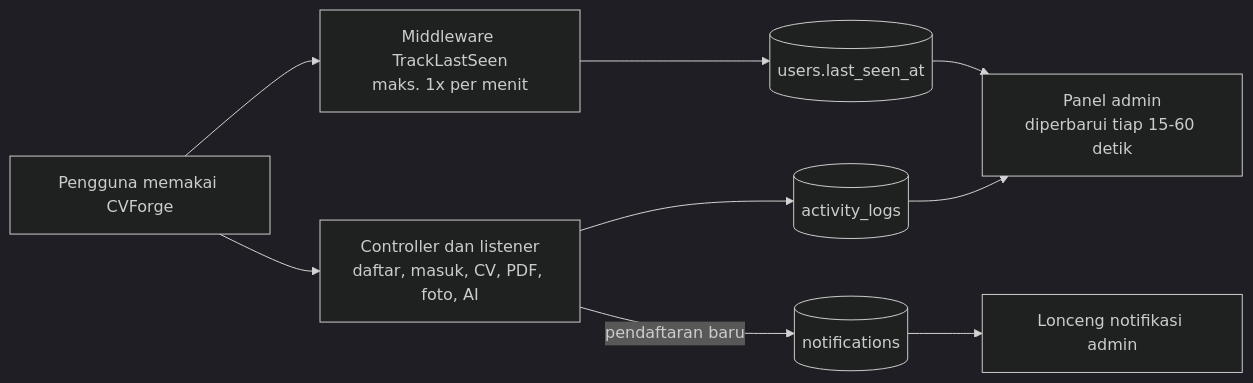
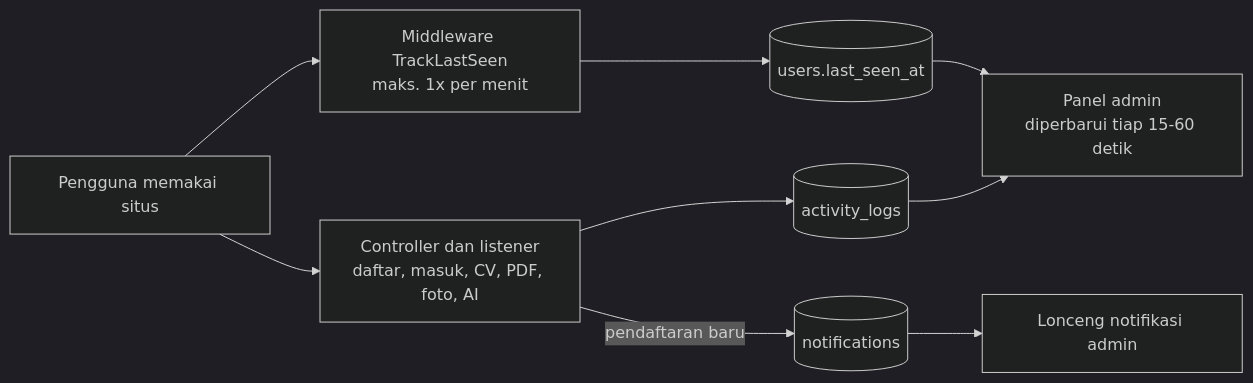
Before and after one commit to reza-programer/CV-: the fourth of 4 diagrams in README.md, drawn with Mermaid (dark theme). The commit also changed other lines of this file and 36 other files, not shown here.

````diff
--- a/README.md
+++ b/README.md
@@ -236,11 +239,11 @@
 ```mermaid
 flowchart LR
-    U[Pengguna memakai CVForge] --> C[Controller dan listener<br/>daftar, masuk, CV, PDF, foto, AI]
+    U[Pengguna memakai situs] --> C[Controller dan listener<br/>daftar, masuk, CV, PDF, foto, AI]
     U --> M[Middleware TrackLastSeen<br/>maks. 1x per menit]
     C --> L[(activity_logs)]
     M --> S[(users.last_seen_at)]
     C -->|pendaftaran baru| N[(notifications)]
     L --> D[Panel admin<br/>diperbarui tiap 15-60 detik]
     S --> D
     N --> B[Lonceng notifikasi admin]
 ```
````
